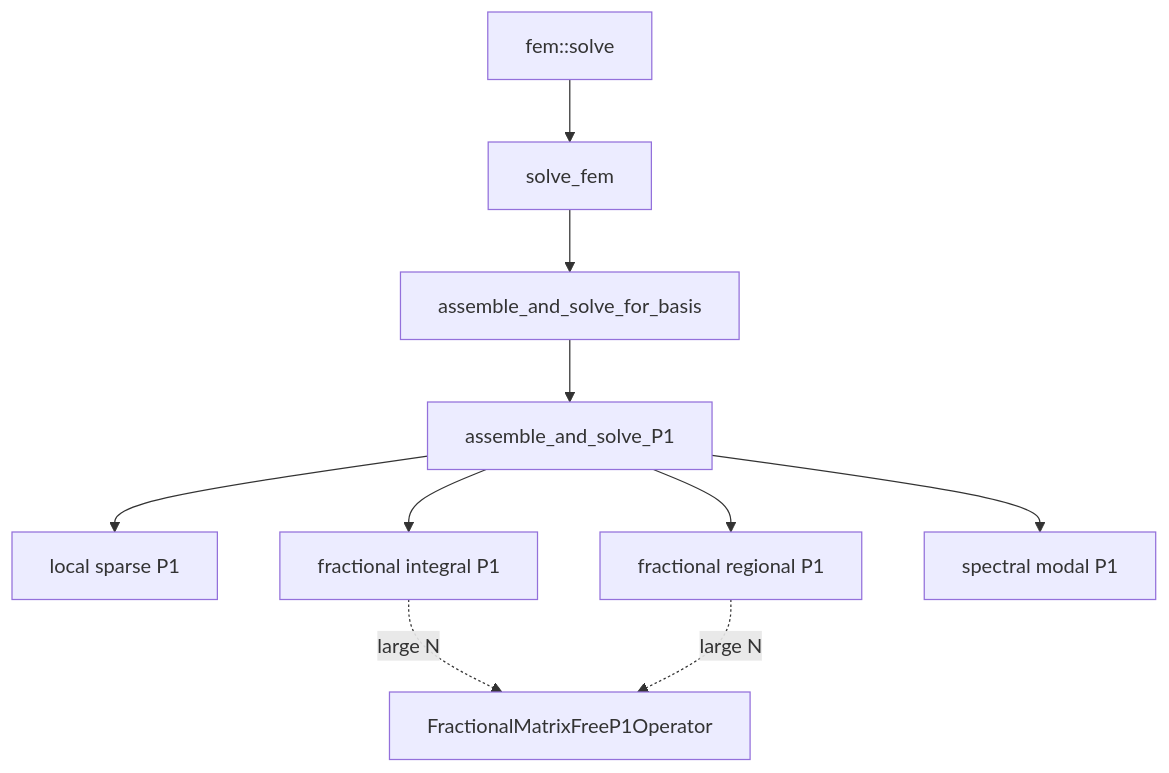
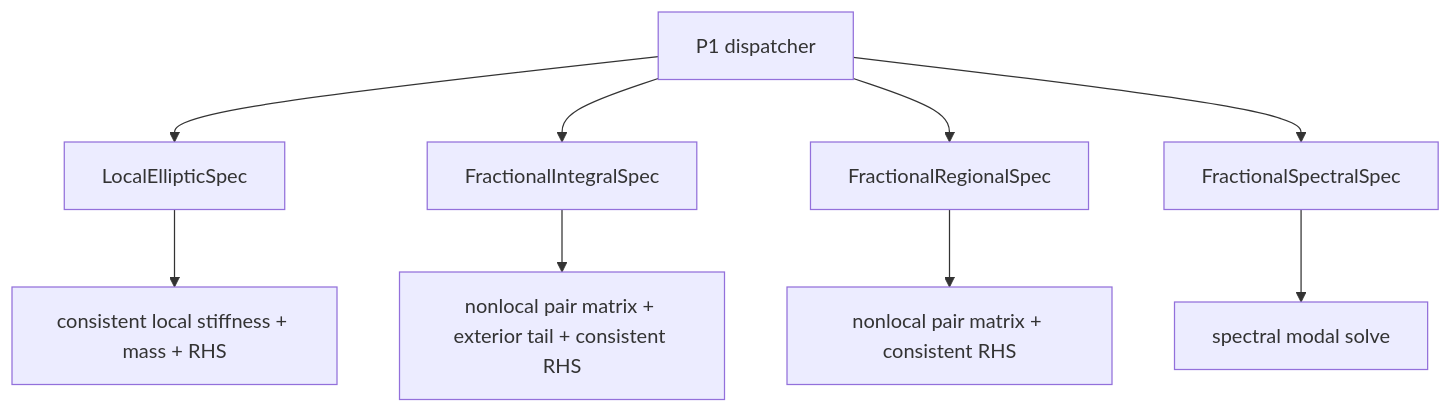
The third of 6 diagrams in src/math/ARCHITECTURE.md (anshelino0606/DelaunayForge), drawn with Mermaid before and after one commit. The commit also changed other lines of this file and 64 other files, not shown here.

````diff
--- a/src/math/ARCHITECTURE.md
+++ b/src/math/ARCHITECTURE.md
@@ -30,12 +21,12 @@
 ```mermaid
 flowchart TD
-    femsolve[fem::solve] --> fembackend[solve_fem]
-    fembackend --> basis[assemble_and_solve_for_basis]
-    basis --> p1[assemble_and_solve_P1]
-    p1 --> Local[local sparse P1]
-    p1 --> Integral[fractional integral P1]
-    p1 --> Regional[fractional regional P1]
-    p1 --> Spectral[spectral modal P1]
-    Integral -. large N .-> MatrixFree[FractionalMatrixFreeP1Operator]
-    Regional -. large N .-> MatrixFree
+    P1[P1 dispatcher] --> L[LocalEllipticSpec]
+    P1 --> I[FractionalIntegralSpec]
+    P1 --> G[FractionalRegionalSpec]
+    P1 --> S[FractionalSpectralSpec]
+
+    L --> A1[consistent local stiffness + mass + RHS]
+    I --> A2[nonlocal pair matrix + exterior tail + consistent RHS]
+    G --> A3[nonlocal pair matrix + consistent RHS]
+    S --> A4[spectral modal solve]
 ```
````
